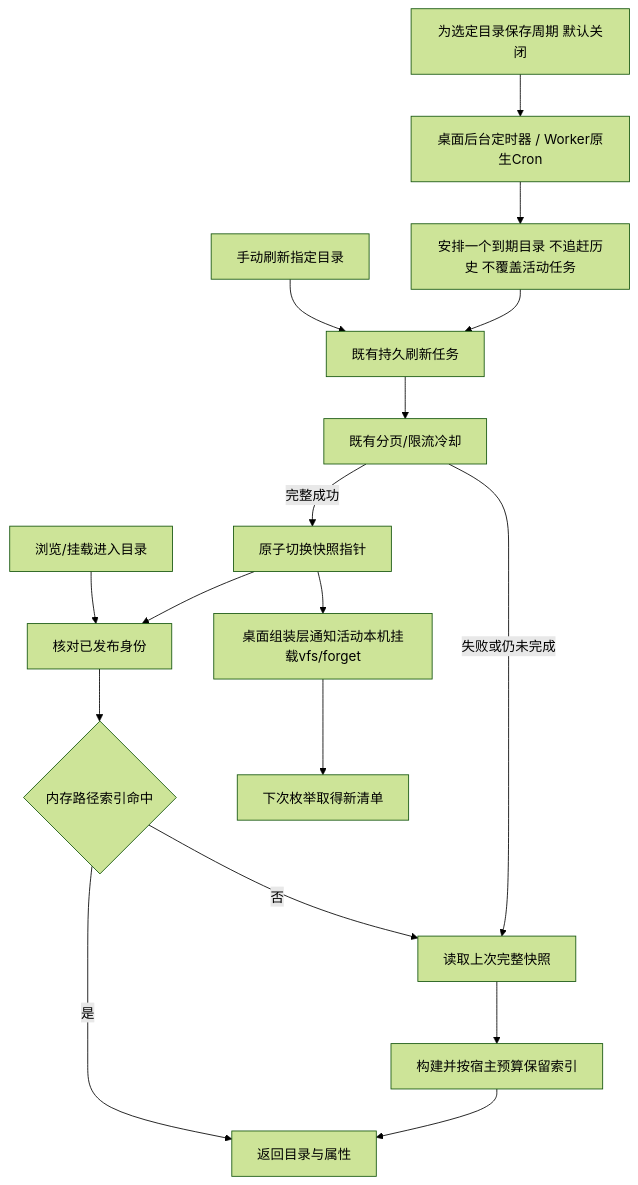
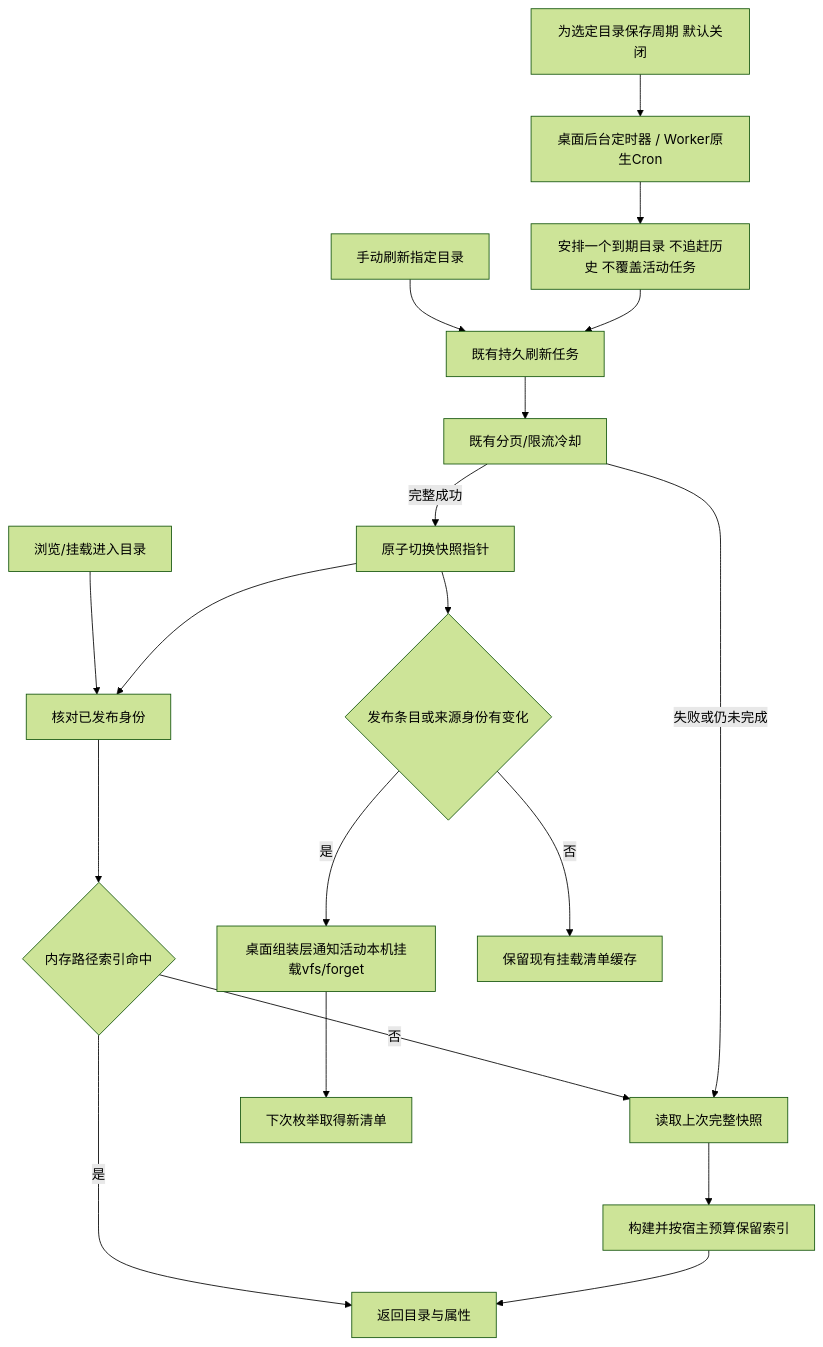
The diagram in docs/architecture/cache-policy.md (shengyusi-SYS/musicfs), drawn with Mermaid (forest theme) before and after one commit. The commit also changed other lines of this file and 32 other files, not shown here.

````diff
--- a/docs/architecture/cache-policy.md
+++ b/docs/architecture/cache-policy.md
@@ -20,19 +21,21 @@
 ```mermaid
 flowchart TD
   Browse[浏览/挂载进入目录] --> Identity[核对已发布身份]
   Identity --> Index{内存路径索引命中}
   Index -->|是| Names[返回目录与属性]
   Index -->|否| Cached[读取上次完整快照]
   Cached --> Build[构建并按宿主预算保留索引]
   Build --> Names
   Manual[手动刷新指定目录] --> Queue[既有持久刷新任务]
   Policy[为选定目录保存周期 默认关闭] --> Timer[桌面后台定时器 / Worker原生Cron]
   Timer --> Due[安排一个到期目录 不追赶历史 不覆盖活动任务]
   Due --> Queue
   Queue --> Pages[既有分页/限流冷却]
   Pages -->|失败或仍未完成| Cached
   Pages -->|完整成功| Publish[原子切换快照指针]
   Publish --> Identity
-  Publish --> Local[桌面组装层通知活动本机挂载vfs/forget]
+  Publish --> Changed{发布条目或来源身份有变化}
+  Changed -->|是| Local[桌面组装层通知活动本机挂载vfs/forget]
+  Changed -->|否| Retain[保留现有挂载清单缓存]
   Local --> Fresh[下次枚举取得新清单]
 ```
````
